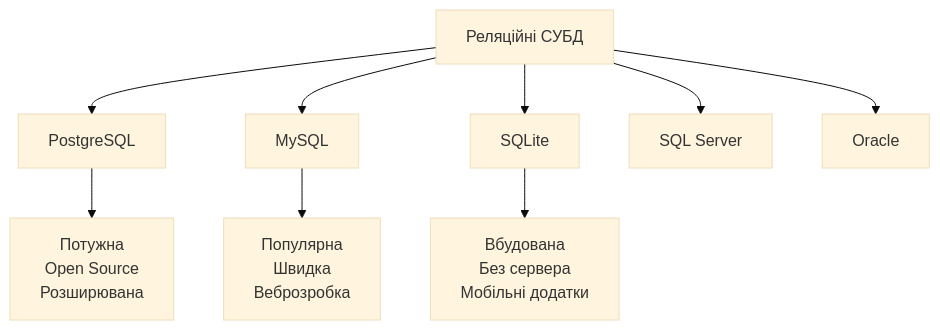
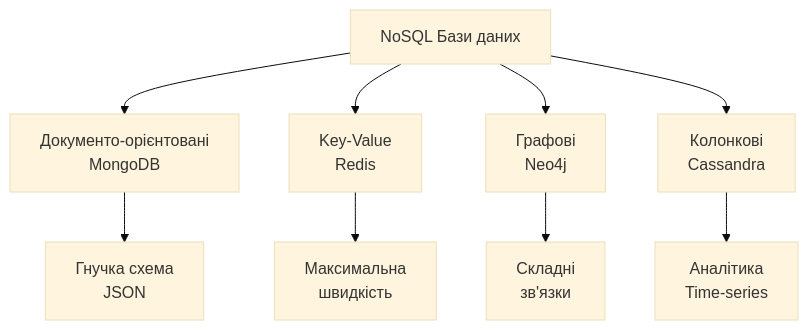
The fourth of 9 diagrams in docs/presentations/presentation-10.md (olroi421/course-opi), drawn with Mermaid (base theme) before and after one commit. The commit also changed other lines of this file and 1 other file, not shown here.

````diff
--- a/docs/presentations/presentation-10.md
+++ b/docs/presentations/presentation-10.md
@@ -309,12 +360,12 @@
 ```mermaid
 graph TB
-    A[Реляційні СУБД] --> B[PostgreSQL]
-    A --> C[MySQL]
-    A --> D[SQLite]
-    A --> E[SQL Server]
-    A --> F[Oracle]
+    A[NoSQL Бази даних] --> B[Документо-орієнтовані<br/>MongoDB]
+    A --> C[Key-Value<br/>Redis]
+    A --> D[Графові<br/>Neo4j]
+    A --> E[Колонкові<br/>Cassandra]
 
-    B --> G[Потужна<br/>Open Source<br/>Розширювана]
-    C --> H[Популярна<br/>Швидка<br/>Веброзробка]
-    D --> I[Вбудована<br/>Без сервера<br/>Мобільні додатки]
+    B --> F[Гнучка схема<br/>JSON]
+    C --> G[Максимальна<br/>швидкість]
+    D --> H[Складні<br/>зв'язки]
+    E --> I[Аналітика<br/>Time-series]
 ```
````
